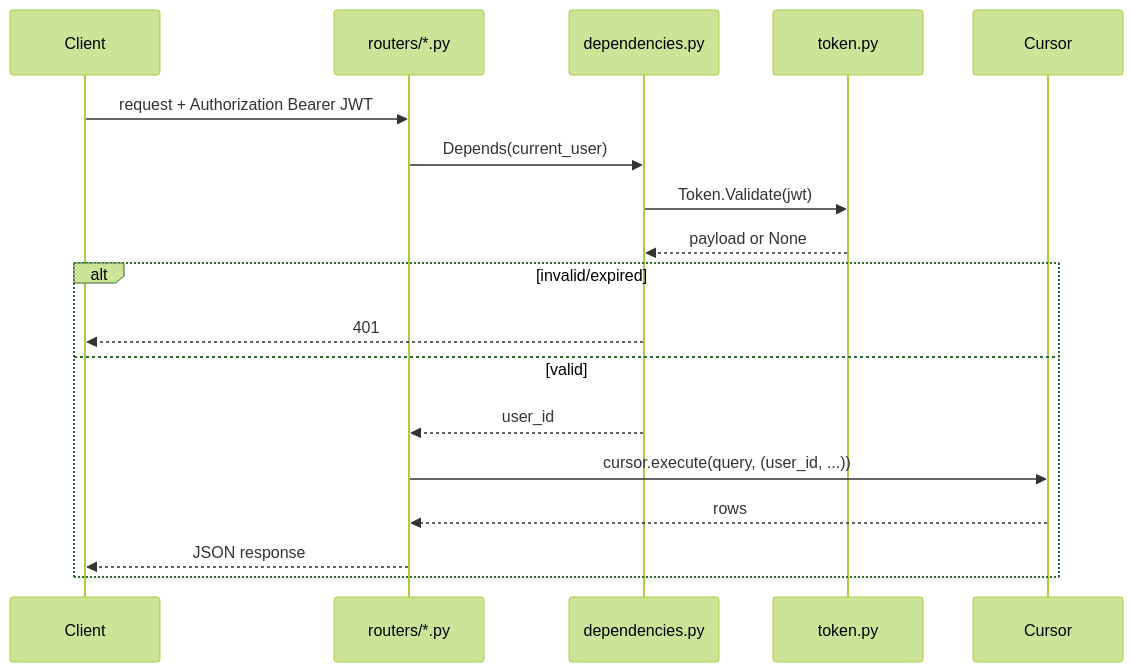
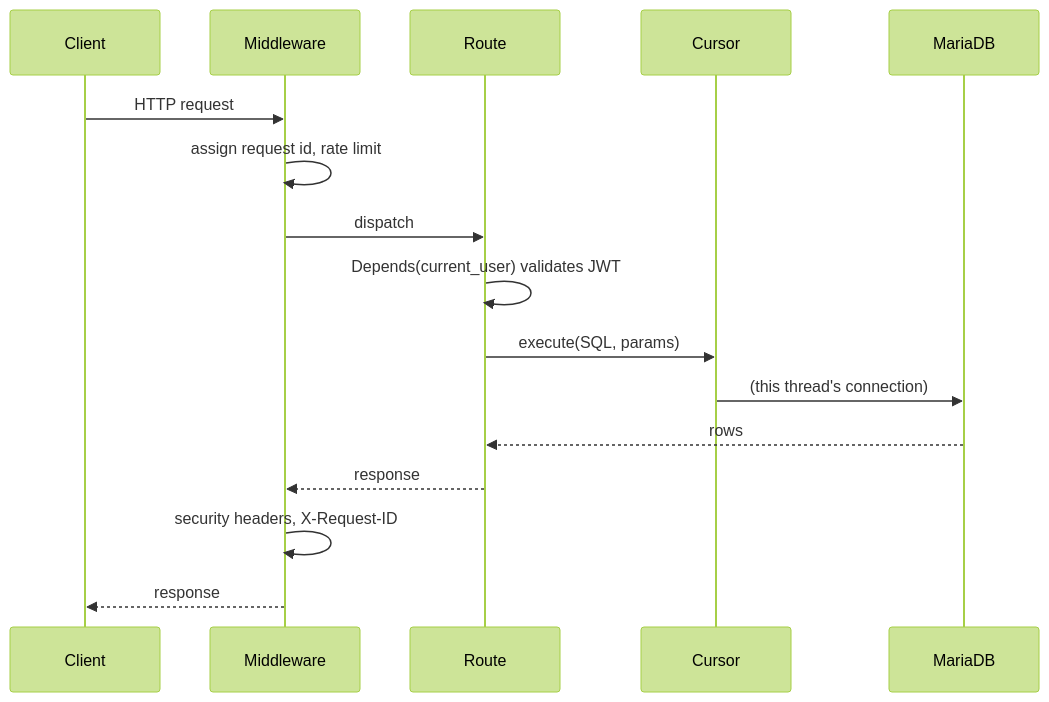
Before and after one commit to skellent/iOS-compiler: the diagram in docs/en/backend/architecture.md, drawn with Mermaid (forest theme). The commit also changed other lines of this file and 25 other files, not shown here.

````diff
--- a/docs/en/backend/architecture.md
+++ b/docs/en/backend/architecture.md
@@ -40,21 +32,19 @@
 ```mermaid
 sequenceDiagram
     participant Client
-    participant Router as routers/*.py
-    participant Dep as dependencies.py
-    participant Token as token.py
-    participant DB as Cursor
+    participant MW as Middleware
+    participant Route
+    participant Cursor
+    participant DB as MariaDB
 
-    Client->>Router: request + Authorization Bearer JWT
-    Router->>Dep: Depends(current_user)
-    Dep->>Token: Token.Validate(jwt)
-    Token-->>Dep: payload or None
-    alt invalid/expired
-        Dep-->>Client: 401
-    else valid
-        Dep-->>Router: user_id
-        Router->>DB: cursor.execute(query, (user_id, ...))
-        DB-->>Router: rows
-        Router-->>Client: JSON response
-    end
+    Client->>MW: HTTP request
+    MW->>MW: assign request id, rate limit
+    MW->>Route: dispatch
+    Route->>Route: Depends(current_user) validates JWT
+    Route->>Cursor: execute(SQL, params)
+    Cursor->>DB: (this thread's connection)
+    DB-->>Route: rows
+    Route-->>MW: response
+    MW->>MW: security headers, X-Request-ID
+    MW-->>Client: response
 ```
````
